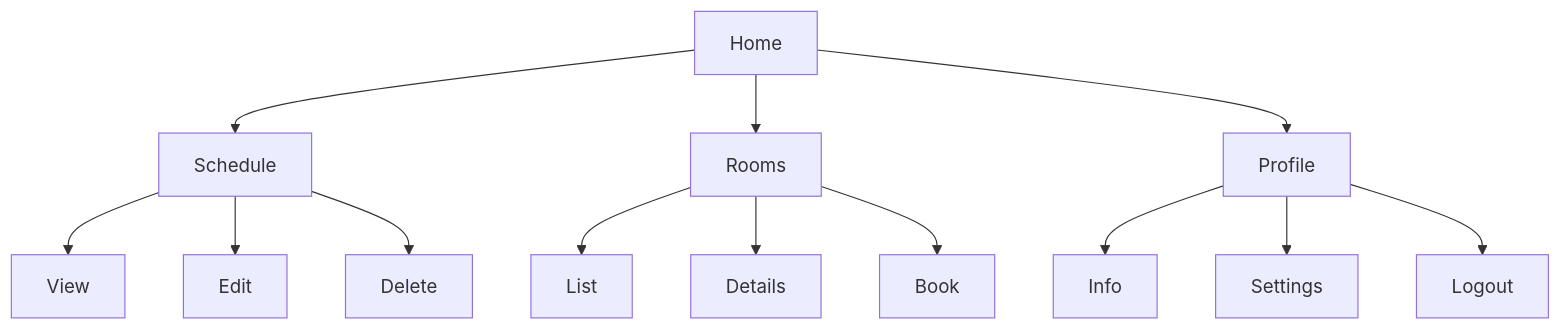
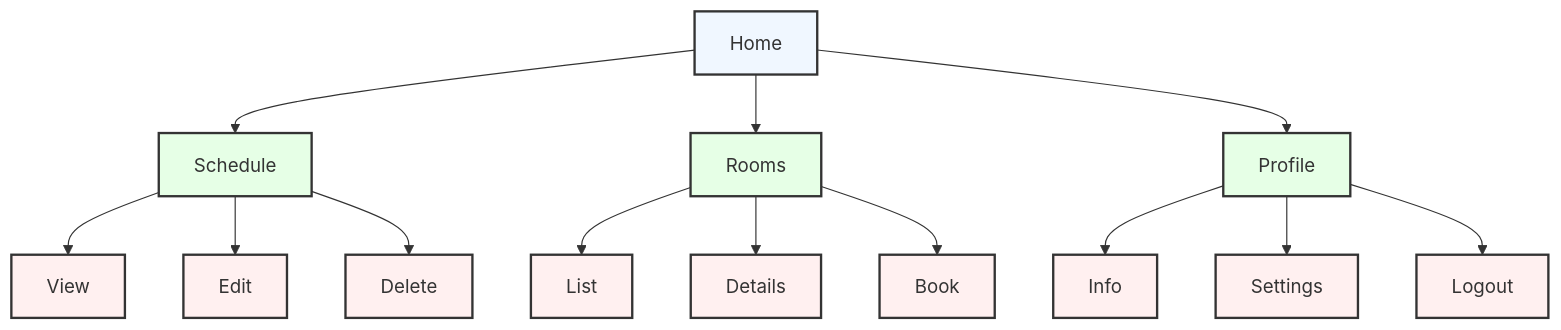
One commit to kafle1/timetablepro changed diagram 11 of 11 in docs/USER_GUIDE.md. Above: the diagram before and after it, drawn with Mermaid. The commit also changed other lines of this file and 1 other file, not shown here.

Commit message:
docs: improve diagram colors for better text visibility

````diff
--- a/docs/USER_GUIDE.md
+++ b/docs/USER_GUIDE.md
@@ -582,18 +610,26 @@
 ```mermaid
 graph TB
     A[Home] --> B[Schedule]
     A --> C[Rooms]
     A --> D[Profile]
     
     B --> E[View]
     B --> F[Edit]
     B --> G[Delete]
     
     C --> H[List]
     C --> I[Details]
     C --> J[Book]
     
     D --> K[Info]
     D --> L[Settings]
     D --> M[Logout]
+
+    classDef default fill:#f0f7ff,stroke:#333,stroke-width:2px
+    classDef main fill:#e6ffe6,stroke:#333,stroke-width:2px
+    classDef action fill:#fff0f0,stroke:#333,stroke-width:2px
+    
+    class A default
+    class B,C,D main
+    class E,F,G,H,I,J,K,L,M action
 ``` 
````
